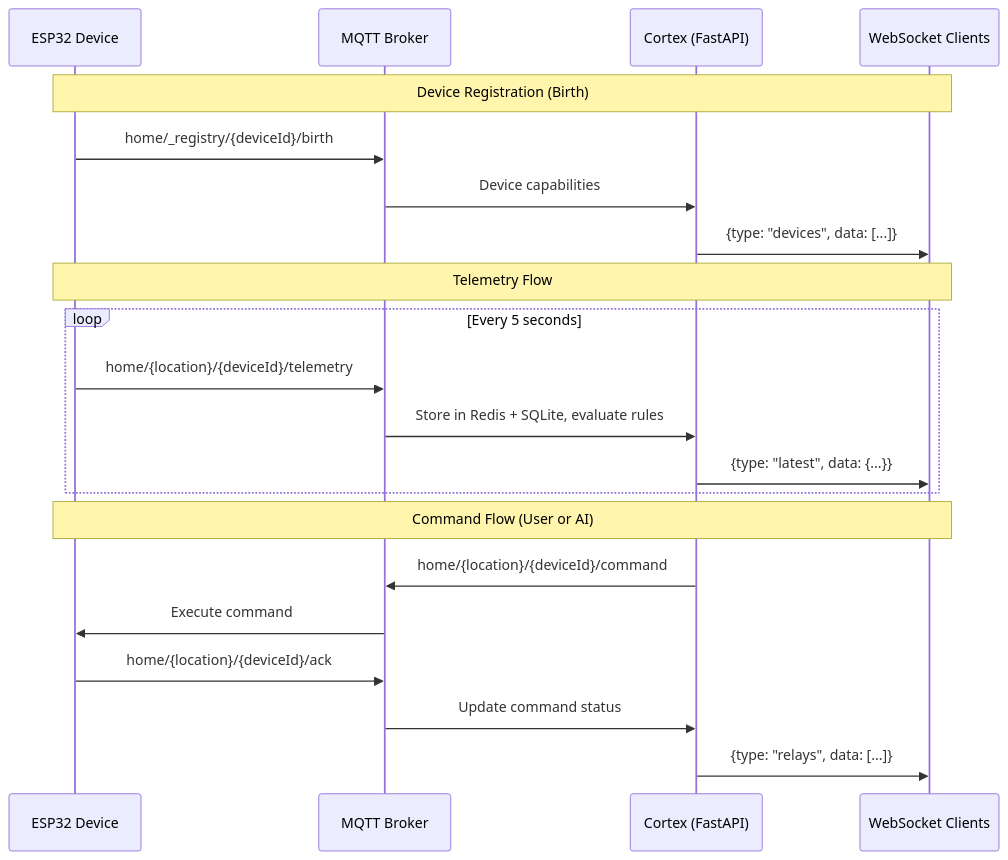
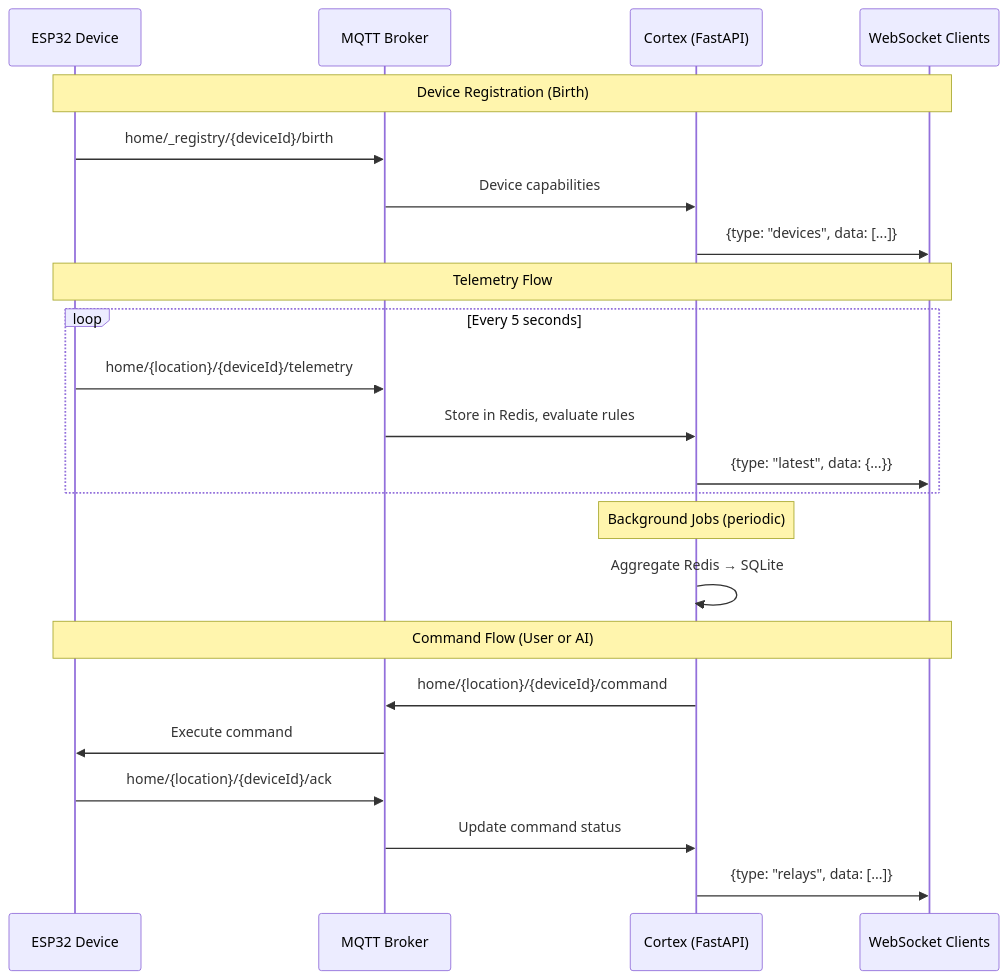
The third of 8 diagrams in README.md (curtisblanchette/my-esp32-project), drawn with Mermaid before and after one commit. The commit also changed other lines of this file, not shown here.

First line of the commit message:
docs: fix README diagrams for accuracy and rename orchestrator to prefrontal

````diff
--- a/README.md
+++ b/README.md
@@ -123,26 +125,29 @@
 ```mermaid
 sequenceDiagram
     participant D as ESP32 Device
     participant M as MQTT Broker
     participant C as Cortex (FastAPI)
     participant WS as WebSocket Clients
 
     Note over D,WS: Device Registration (Birth)
     D->>M: home/_registry/{deviceId}/birth
     M->>C: Device capabilities
     C->>WS: {type: "devices", data: [...]}
 
     Note over D,WS: Telemetry Flow
     loop Every 5 seconds
         D->>M: home/{location}/{deviceId}/telemetry
-        M->>C: Store in Redis + SQLite, evaluate rules
+        M->>C: Store in Redis, evaluate rules
         C->>WS: {type: "latest", data: {...}}
     end
+
+    Note over C: Background Jobs (periodic)
+    C->>C: Aggregate Redis → SQLite
 
     Note over D,WS: Command Flow (User or AI)
     C->>M: home/{location}/{deviceId}/command
     M->>D: Execute command
     D->>M: home/{location}/{deviceId}/ack
     M->>C: Update command status
     C->>WS: {type: "relays", data: [...]}
 ```
````
